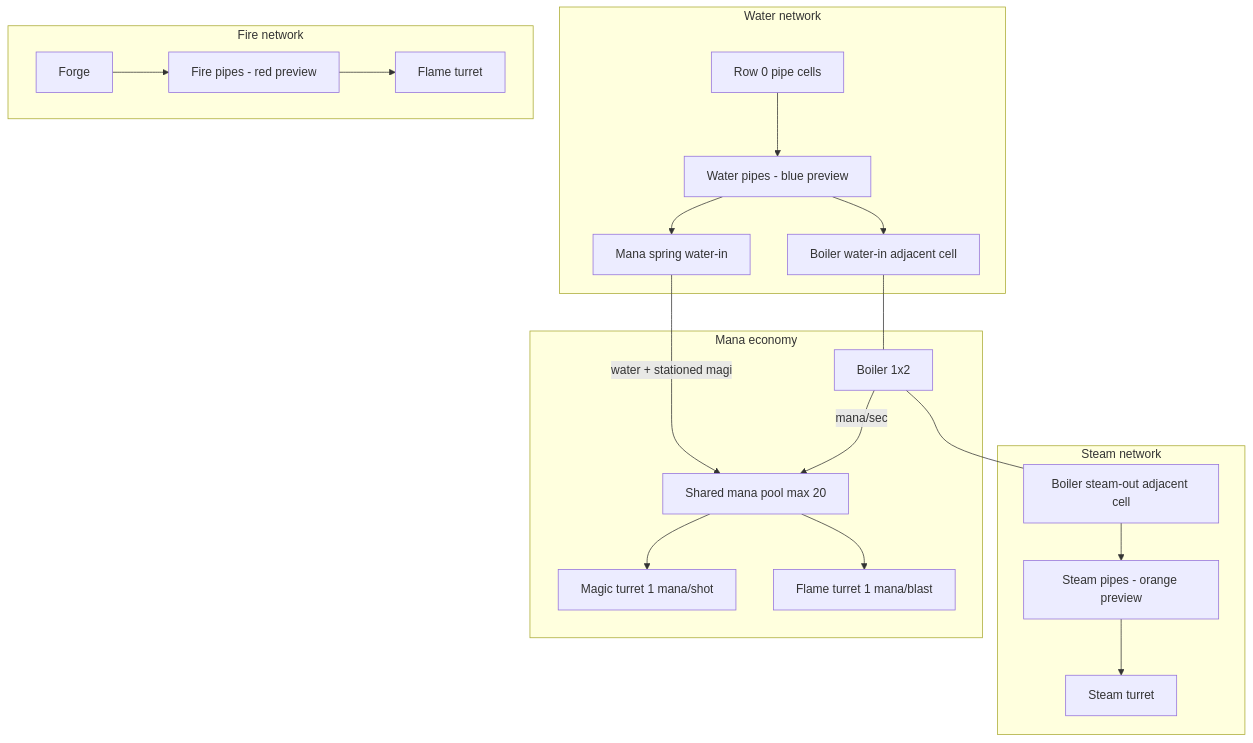
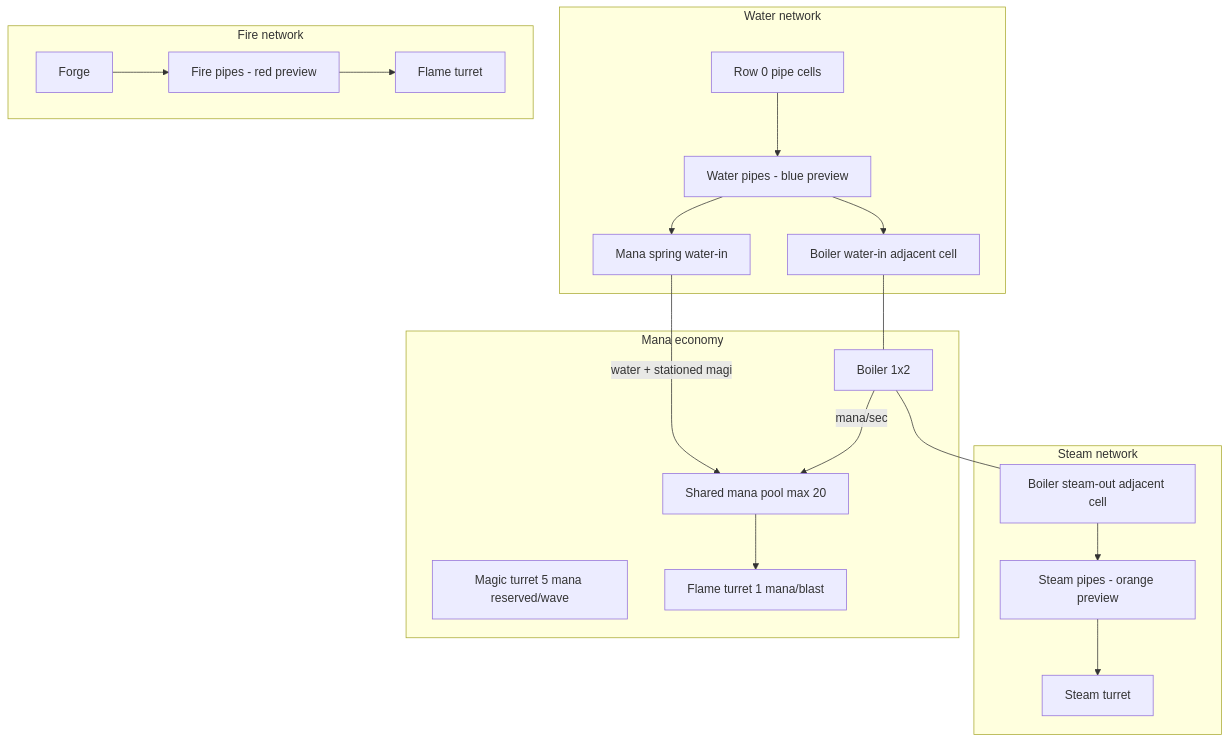
The diagram in docs/PIPES.md (katerberg/wizard-tower-builder), drawn with Mermaid before and after one commit. The commit also changed other lines of this file and 14 other files, not shown here.

````diff
--- a/docs/PIPES.md
+++ b/docs/PIPES.md
@@ -11,34 +11,33 @@
 ```mermaid
 flowchart TB
   subgraph water [Water network]
     G[Row 0 pipe cells]
     WP[Water pipes - blue preview]
     BI[Boiler water-in adjacent cell]
     MS[Mana spring water-in]
     G --> WP --> BI
     WP --> MS
   end
   subgraph steam [Steam network]
     BO[Boiler steam-out adjacent cell]
     SP[Steam pipes - orange preview]
     ST[Steam turret]
     BO --> SP --> ST
   end
   subgraph fireNet [Fire network]
     FG[Forge]
     FP[Fire pipes - red preview]
     FT[Flame turret]
     FG --> FP --> FT
   end
   subgraph mana [Mana economy]
     Pool[Shared mana pool max 20]
     MS -->|water + stationed magi| Pool
     Boiler[Boiler 1x2] -->|mana/sec| Pool
-    MT[Magic turret 1 mana/shot]
+    MT[Magic turret 5 mana reserved/wave]
     FT2[Flame turret 1 mana/blast]
-    Pool --> MT
     Pool --> FT2
   end
   BI --- Boiler
   Boiler --- BO
 ```
````
